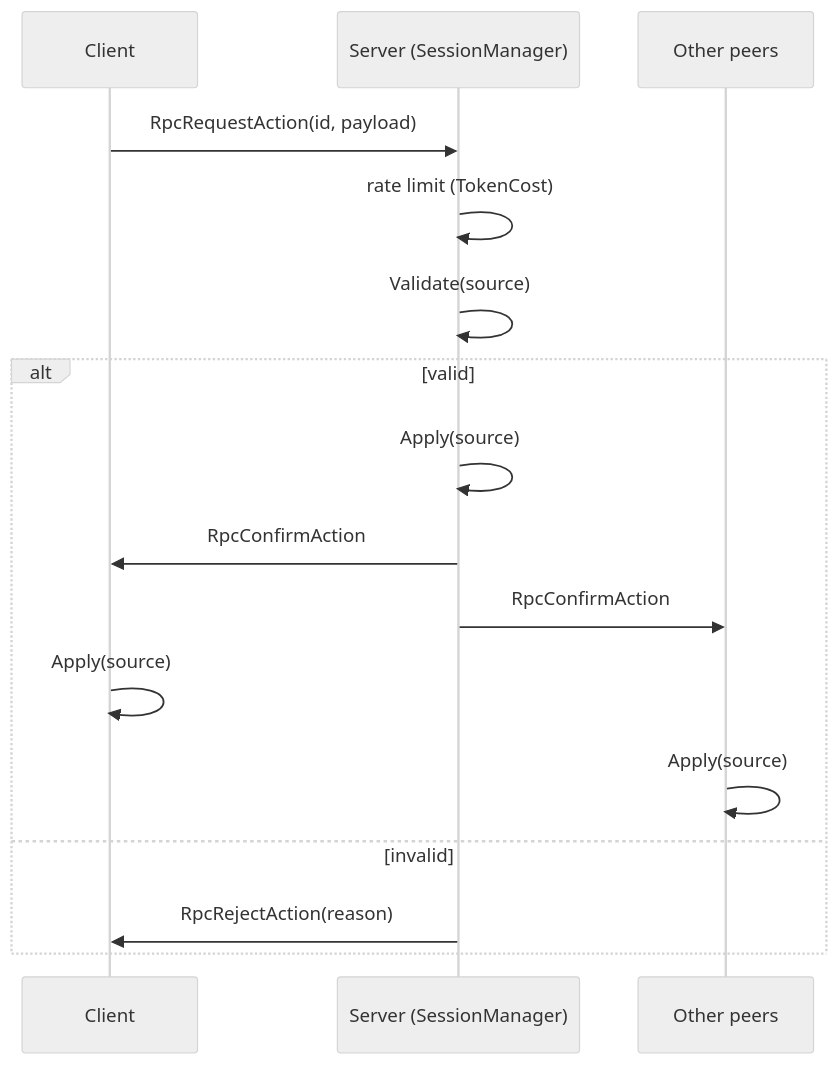
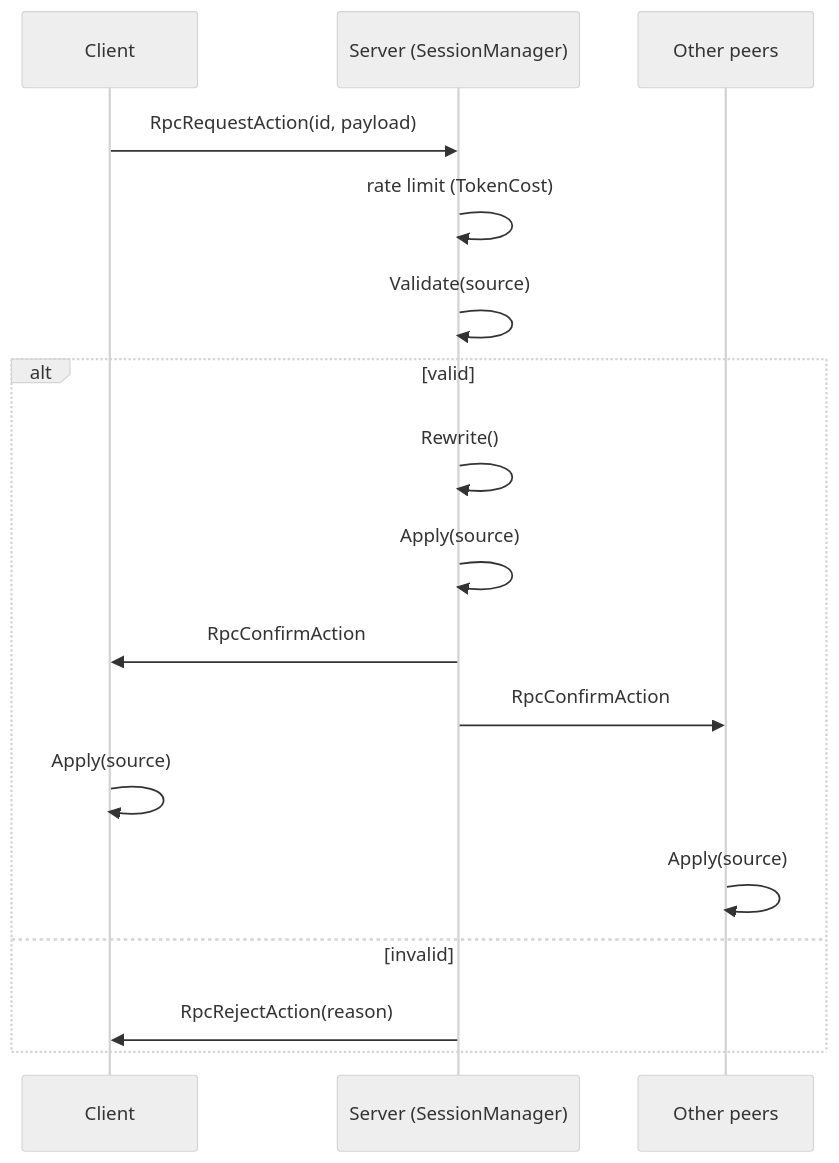
One commit to SubParSuperCar/Ensemble changed the fourth of 5 diagrams in .github/README.md. Above: the diagram before and after it, drawn with Mermaid (neutral theme). The commit also changed other lines of this file and 59 other files, not shown here.

````diff
--- a/.github/README.md
+++ b/.github/README.md
@@ -401,19 +412,20 @@
 ```mermaid
 sequenceDiagram
     participant C as Client
     participant S as Server (SessionManager)
     participant O as Other peers
 
     C->>S: RpcRequestAction(id, payload)
     S->>S: rate limit (TokenCost)
     S->>S: Validate(source)
     alt valid
+        S->>S: Rewrite()
         S->>S: Apply(source)
         S->>C: RpcConfirmAction
         S->>O: RpcConfirmAction
         C->>C: Apply(source)
         O->>O: Apply(source)
     else invalid
         S->>C: RpcRejectAction(reason)
     end
 ```
````
